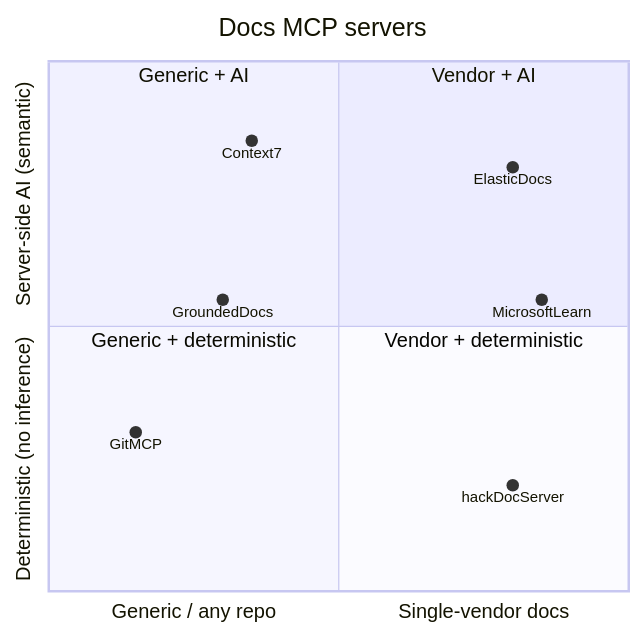
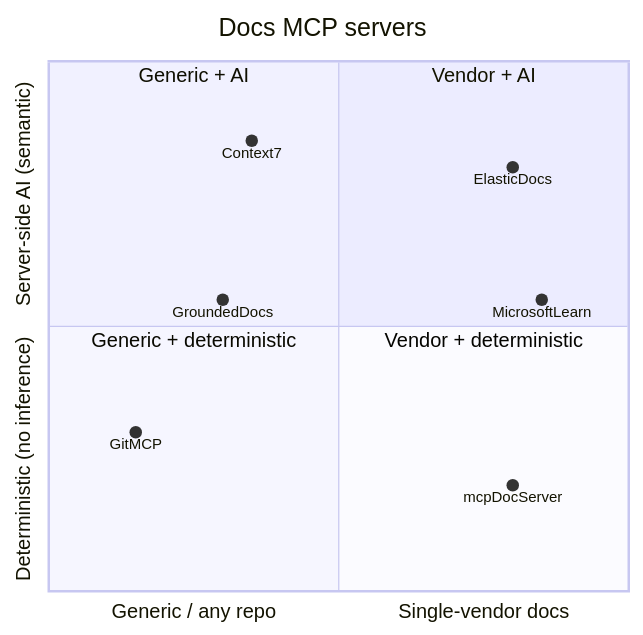
One commit to grafana/mcp-doc-server changed the diagram in research/docs-mcp-ecosystem.md. Above: the diagram before and after it, drawn with Mermaid. The commit also changed other lines of this file and 37 other files, not shown here.

First line of the commit message:
rename: hack-doc-server → mcp-doc-server

````diff
--- a/research/docs-mcp-ecosystem.md
+++ b/research/docs-mcp-ecosystem.md
@@ -123,16 +123,16 @@
 ```mermaid
 quadrantChart
     title Docs MCP servers
     x-axis "Generic / any repo" --> "Single-vendor docs"
     y-axis "Deterministic (no inference)" --> "Server-side AI (semantic)"
     quadrant-1 "Vendor + AI"
     quadrant-2 "Generic + AI"
     quadrant-3 "Generic + deterministic"
     quadrant-4 "Vendor + deterministic"
     Context7: [0.35, 0.85]
     ElasticDocs: [0.8, 0.8]
     GitMCP: [0.15, 0.3]
     MicrosoftLearn: [0.85, 0.55]
     GroundedDocs: [0.3, 0.55]
-    hackDocServer: [0.8, 0.2]
+    mcpDocServer: [0.8, 0.2]
 ```
````
